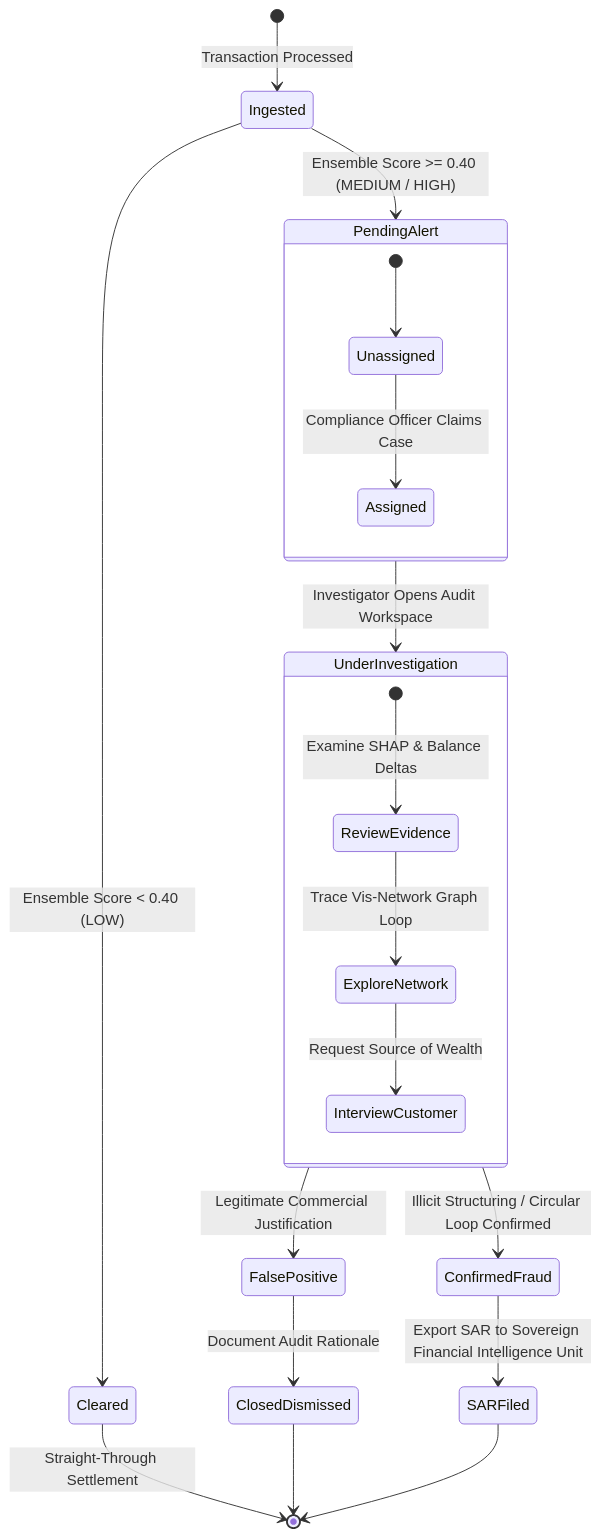
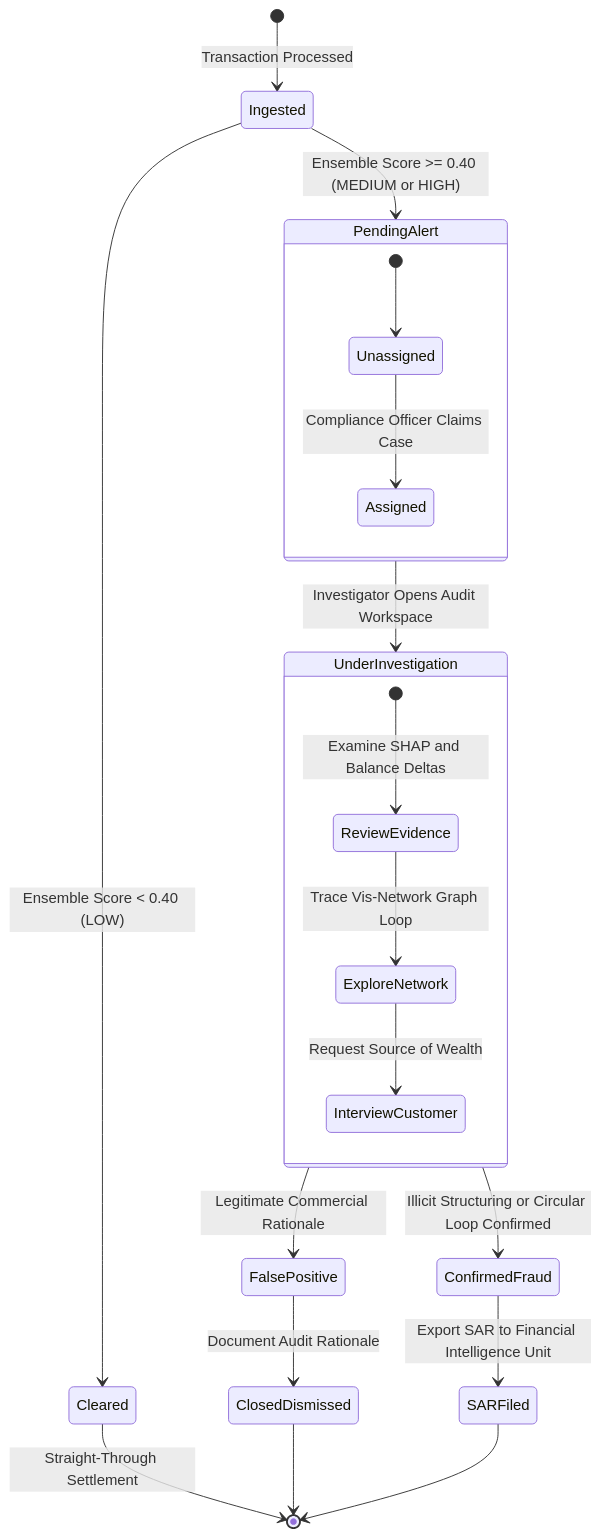
Diagram 13 of 13 in documentation.md (BharathKumar113/anti_money_laundering), drawn with Mermaid before and after one commit. The commit also changed other lines of this file, not shown here.

Commit message:
fix(docs): resolve rich display render issues, sanitize Mermaid diagrams, and add visual layout cards

````diff
--- a/documentation.md
+++ b/documentation.md
@@ -717,30 +797,30 @@
 ```mermaid
 stateDiagram-v2
     [*] --> Ingested: Transaction Processed
     Ingested --> Cleared: Ensemble Score < 0.40 (LOW)
     Cleared --> [*]: Straight-Through Settlement
 
-    Ingested --> PendingAlert: Ensemble Score >= 0.40 (MEDIUM / HIGH)
+    Ingested --> PendingAlert: Ensemble Score >= 0.40 (MEDIUM or HIGH)
     
     state PendingAlert {
         [*] --> Unassigned
         Unassigned --> Assigned: Compliance Officer Claims Case
     }
 
     PendingAlert --> UnderInvestigation: Investigator Opens Audit Workspace
     
     state UnderInvestigation {
-        [*] --> ReviewEvidence: Examine SHAP & Balance Deltas
+        [*] --> ReviewEvidence: Examine SHAP and Balance Deltas
         ReviewEvidence --> ExploreNetwork: Trace Vis-Network Graph Loop
         ExploreNetwork --> InterviewCustomer: Request Source of Wealth
     }
 
-    UnderInvestigation --> FalsePositive: Legitimate Commercial Justification
-    UnderInvestigation --> ConfirmedFraud: Illicit Structuring / Circular Loop Confirmed
+    UnderInvestigation --> FalsePositive: Legitimate Commercial Rationale
+    UnderInvestigation --> ConfirmedFraud: Illicit Structuring or Circular Loop Confirmed
 
     FalsePositive --> ClosedDismissed: Document Audit Rationale
-    ConfirmedFraud --> SARFiled: Export SAR to Sovereign Financial Intelligence Unit
+    ConfirmedFraud --> SARFiled: Export SAR to Financial Intelligence Unit
     
     ClosedDismissed --> [*]
     SARFiled --> [*]
 ```
````
